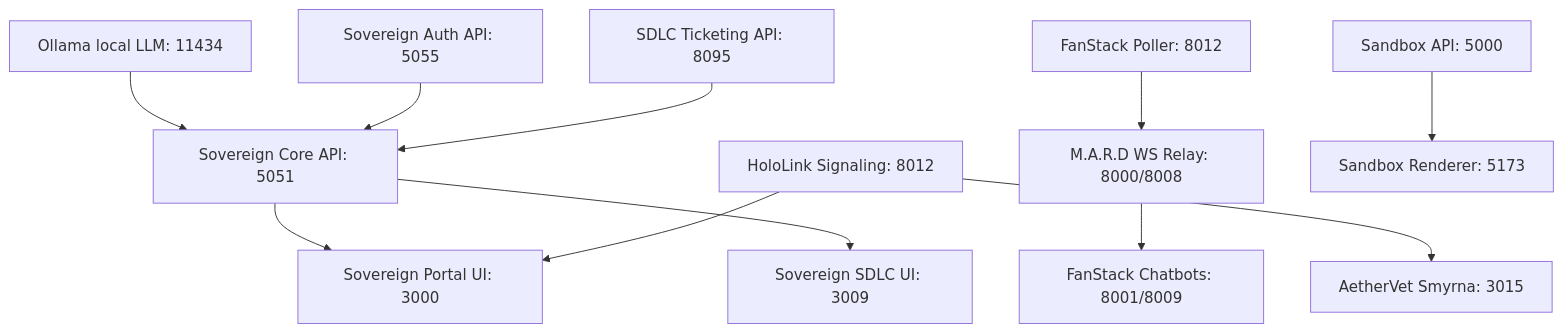
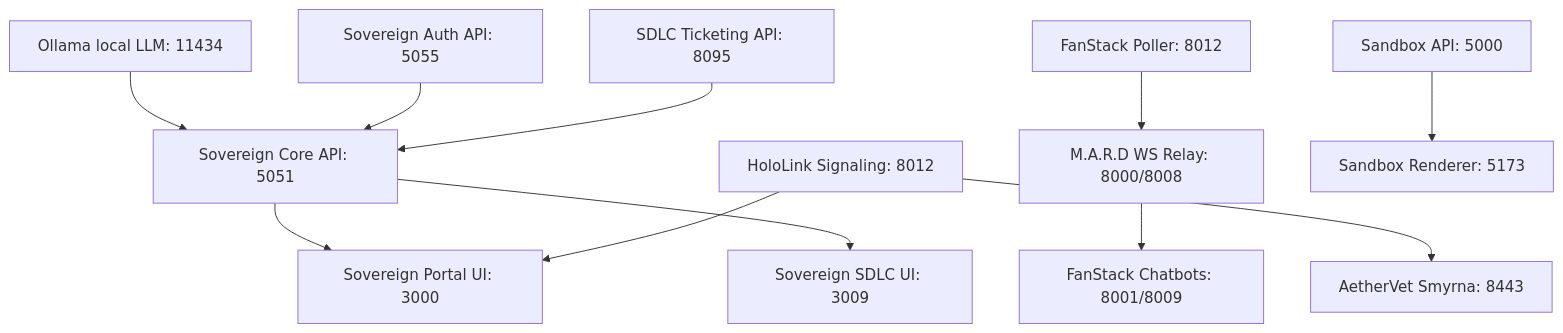
One commit to stacklabs-llc/SovereignOS changed the diagram in dna/SOVEREIGN_DNA.md. Above: the diagram before and after it, drawn with Mermaid. The commit also changed other lines of this file and 490 other files, not shown here.

````diff
--- a/dna/SOVEREIGN_DNA.md
+++ b/dna/SOVEREIGN_DNA.md
@@ -352,13 +372,13 @@
 ```mermaid
 graph TD
     Ollama[Ollama local LLM: 11434] --> CoreAPI[Sovereign Core API: 5051]
     AuthAPI[Sovereign Auth API: 5055] --> CoreAPI
     SDLCAPI[SDLC Ticketing API: 8095] --> CoreAPI
     CoreAPI --> PortalUI[Sovereign Portal UI: 3000]
     CoreAPI --> SDLCUI[Sovereign SDLC UI: 3009]
     MARD[M.A.R.D WS Relay: 8000/8008] --> FanStackChatbots[FanStack Chatbots: 8001/8009]
     Poller[FanStack Poller: 8012] --> MARD
     HoloLink[HoloLink Signaling: 8012] --> PortalUI
-    HoloLink --> AetherVetUI[AetherVet Smyrna: 3015]
+    HoloLink --> AetherVetUI[AetherVet Smyrna: 8443]
     SandboxAPI[Sandbox API: 5000] --> SandboxUI[Sandbox Renderer: 5173]
 ```
````
